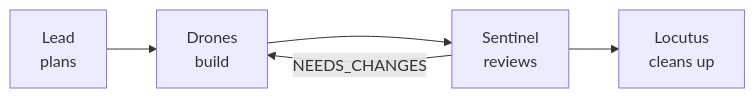
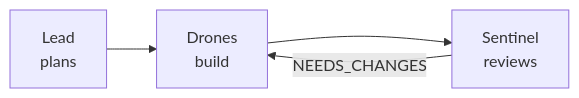
One commit to benediktms/unimatrix changed the first of 10 diagrams in README.md. Above: the diagram before and after it, drawn with Mermaid. The commit also changed other lines of this file and 2 other files, not shown here.

First line of the commit message:
docs(agents): update locutus from haiku cleanup worker to opus cross-repo planner

````diff
--- a/README.md
+++ b/README.md
@@ -11,5 +11,5 @@
 ```mermaid
 flowchart LR
-    Plan["Lead<br/>plans"] --> Execute["Drones<br/>build"] --> Review["Sentinel<br/>reviews"] --> Cleanup["Locutus<br/>cleans up"]
+    Plan["Lead<br/>plans"] --> Execute["Drones<br/>build"] --> Review["Sentinel<br/>reviews"]
     Review -->|NEEDS_CHANGES| Execute
 ```
````
